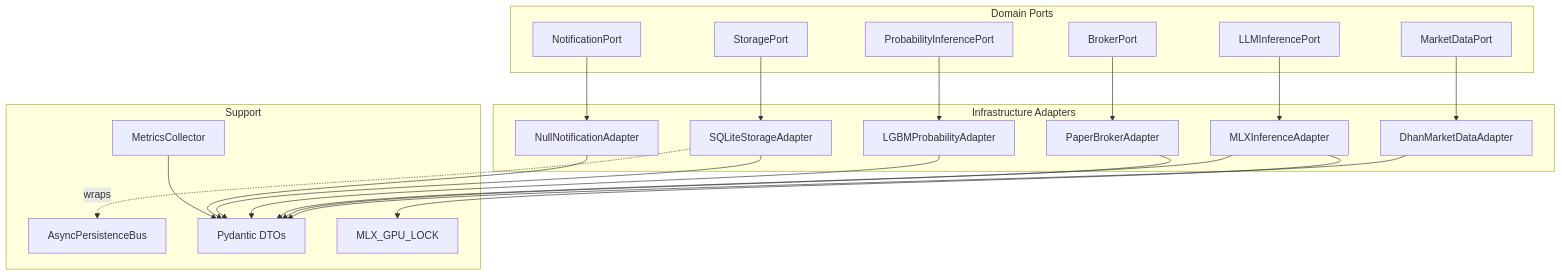
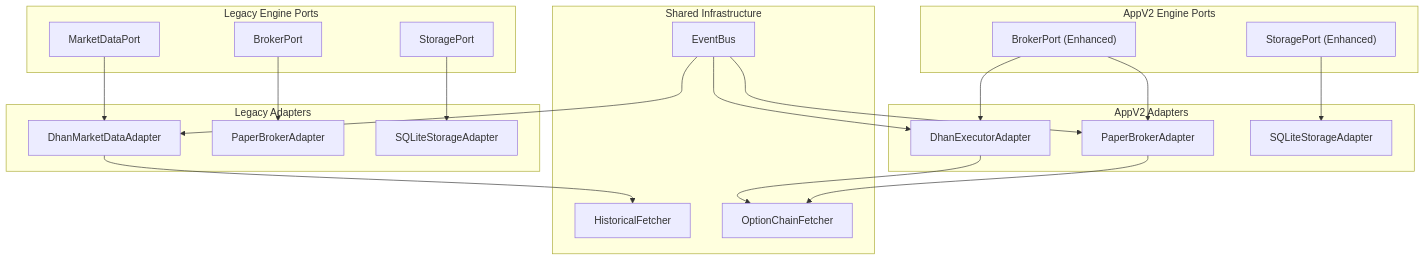
Before and after one commit to gemrajkhatry-maker/v5-of-glassytrade-ai: the second of 8 diagrams in .qoder/repowiki/en/content/Architecture Deep Dive/Clean Architecture Layers/Infrastructure Layer/Infrastructure Layer.md, drawn with Mermaid. The commit also changed other lines of this file and 930 other files, not shown here.

````diff
--- a/.qoder/repowiki/en/content/Architecture Deep Dive/Clean Architecture Layers/Infrastructure Layer/Infrastructure Layer.md
+++ b/.qoder/repowiki/en/content/Architecture Deep Dive/Clean Architecture Layers/Infrastructure Layer/Infrastructure Layer.md
@@ -130,40 +163,39 @@
 ```mermaid
 graph TB
-subgraph "Domain Ports"
+subgraph "Legacy Engine Ports"
 P1["MarketDataPort"]
 P2["BrokerPort"]
-P3["LLMInferencePort"]
-P4["ProbabilityInferencePort"]
 P5["StoragePort"]
-P6["NotificationPort"]
 end
-subgraph "Infrastructure Adapters"
+subgraph "AppV2 Engine Ports"
+P2A["BrokerPort (Enhanced)"]
+P5A["StoragePort (Enhanced)"]
+end
+subgraph "Shared Infrastructure"
+E1["EventBus"]
+HF["HistoricalFetcher"]
+OCF["OptionChainFetcher"]
+end
+subgraph "Legacy Adapters"
 A1["DhanMarketDataAdapter"]
 A2["PaperBrokerAdapter"]
-A3["MLXInferenceAdapter"]
-A4["LGBMProbabilityAdapter"]
 A5["SQLiteStorageAdapter"]
-A6["NullNotificationAdapter"]
 end
-subgraph "Support"
-B1["AsyncPersistenceBus"]
-C1["MetricsCollector"]
-D1["Pydantic DTOs"]
-E1["MLX_GPU_LOCK"]
+subgraph "AppV2 Adapters"
+A2A["DhanExecutorAdapter"]
+A2B["PaperBrokerAdapter"]
+A5A["SQLiteStorageAdapter"]
 end
 P1 --> A1
 P2 --> A2
-P3 --> A3
-P4 --> A4
 P5 --> A5
-P6 --> A6
-A5 -.wraps.-> B1
-A3 --> E1
-A1 --> D1
-A2 --> D1
-A3 --> D1
-A4 --> D1
-A5 --> D1
-A6 --> D1
-C1 --> D1
+P2A --> A2A
+P2A --> A2B
+P5A --> A5A
+A1 --> HF
+A2A --> OCF
+A2B --> OCF
+E1 --> A1
+E1 --> A2A
+E1 --> A2B
 ```
````
